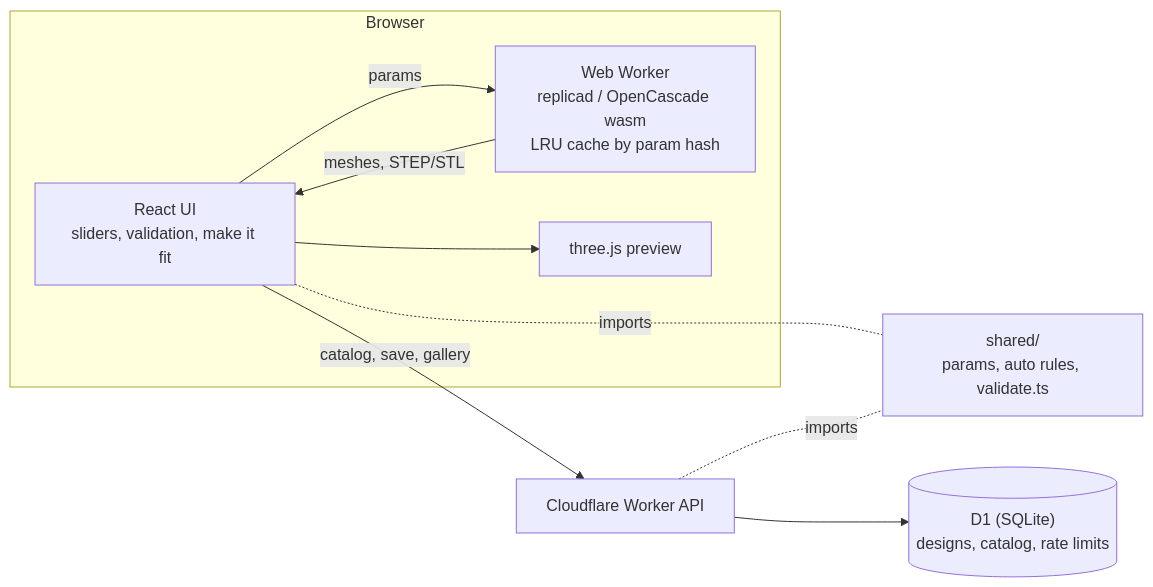
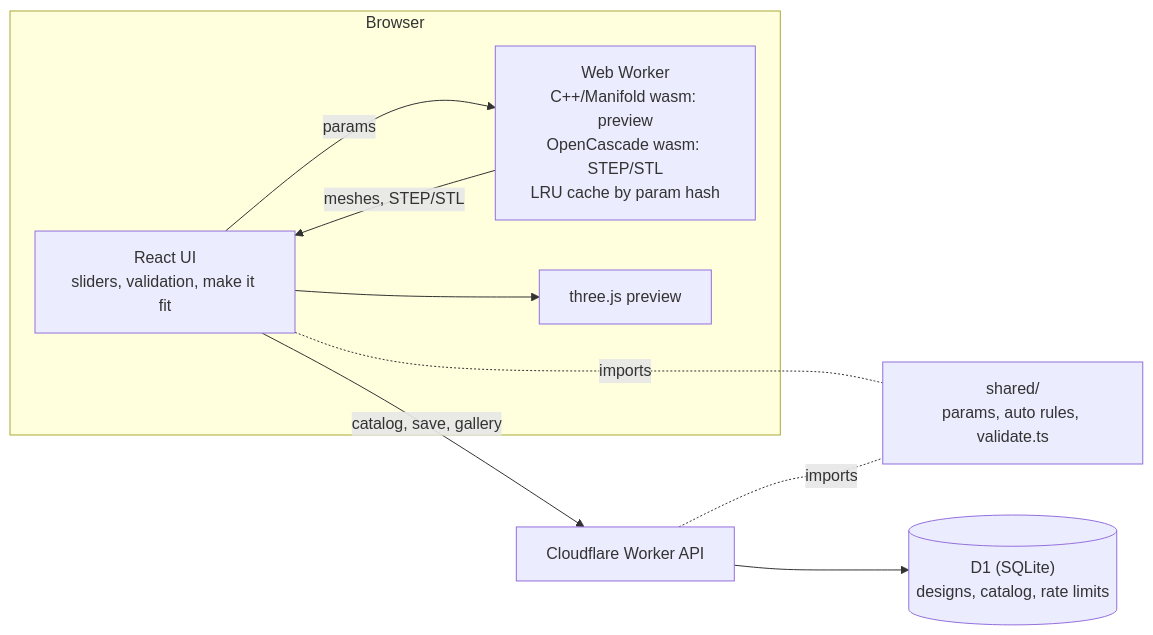
Before and after one commit to bdubs784/part_generator: the diagram in README.md, drawn with Mermaid. The commit also changed other lines of this file and 18 other files, not shown here.

First line of the commit message:
c++/manifold engine: built, tested against opencascade, used for the preview

````diff
--- a/README.md
+++ b/README.md
@@ -81,18 +84,18 @@
 ```mermaid
 flowchart LR
   subgraph Browser
     UI["React UI<br/>sliders, validation, make it fit"]
-    W["Web Worker<br/>replicad / OpenCascade wasm<br/>LRU cache by param hash"]
+    W["Web Worker<br/>C++/Manifold wasm: preview<br/>OpenCascade wasm: STEP/STL<br/>LRU cache by param hash"]
     V["three.js preview"]
     UI -- params --> W
     W -- meshes, STEP/STL --> UI
     UI --> V
   end
   S["shared/<br/>params, auto rules, validate.ts"]
   UI -. imports .- S
   API["Cloudflare Worker API"]
   API -. imports .- S
   DB[("D1 (SQLite)<br/>designs, catalog, rate limits")]
   UI -- "catalog, save, gallery" --> API
   API --> DB
 ```
````
